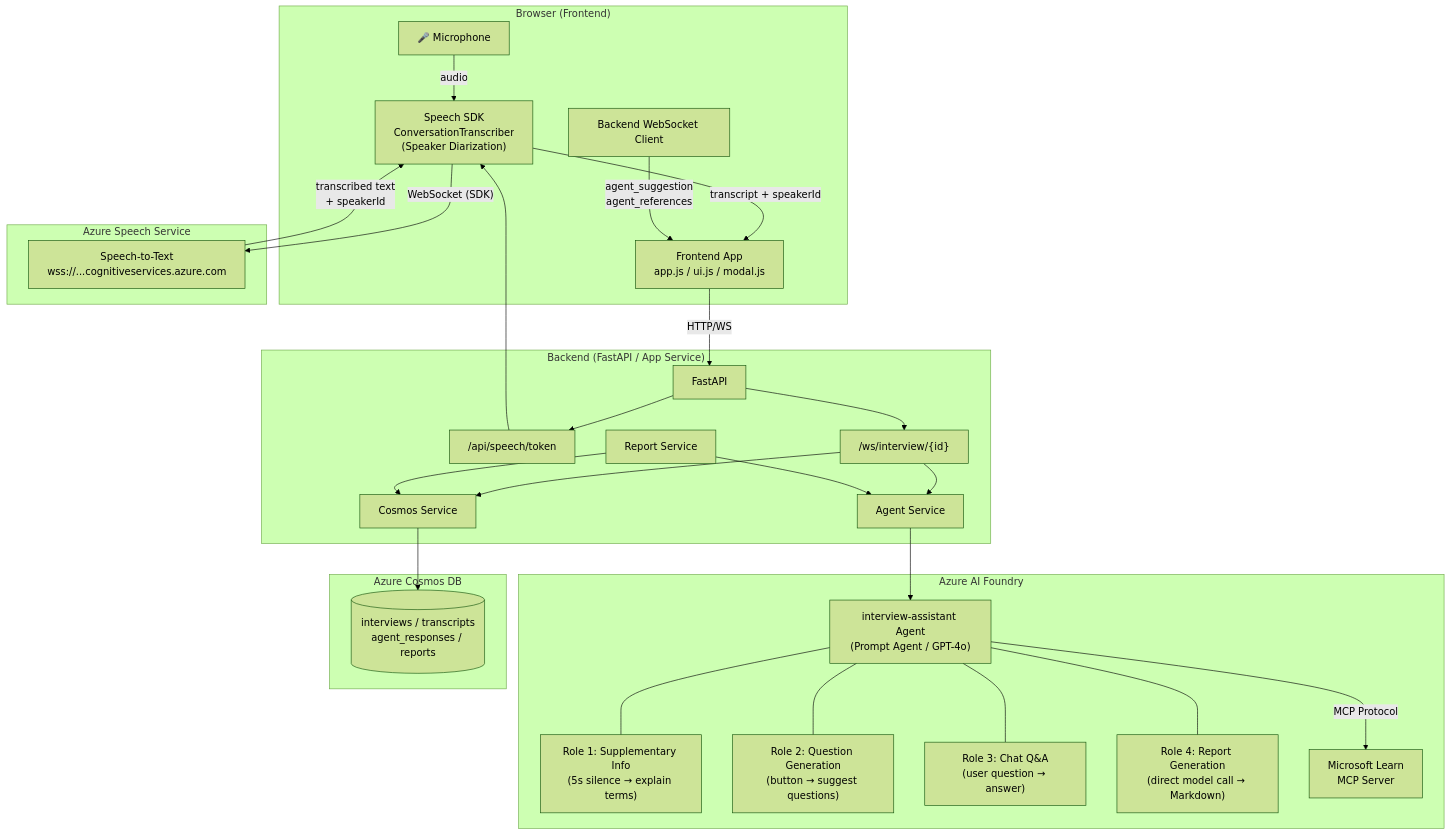
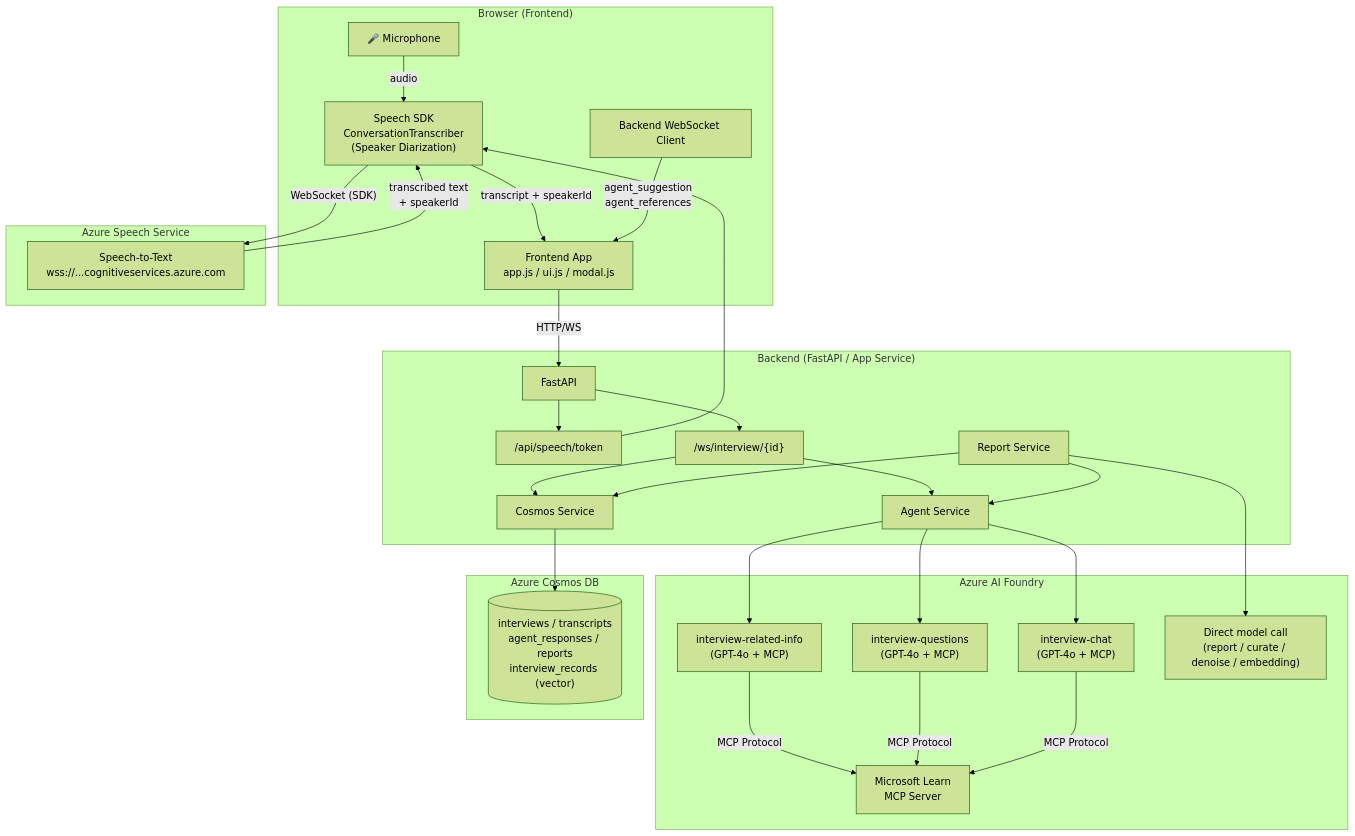
One commit to hatasaki/Interview-Assistant-AI changed the first of 2 diagrams in README.md. Above: the diagram before and after it, drawn with Mermaid (forest theme). The commit also changed other lines of this file and 5 other files, not shown here.

Commit message:
Refactor architecture to implement role-specific Foundry Agents

````diff
--- a/README.md
+++ b/README.md
@@ -35,60 +35,60 @@
 ```mermaid
 graph TB
     subgraph Browser["Browser (Frontend)"]
         MIC["🎤 Microphone"]
         SPEECH["Speech SDK<br/>ConversationTranscriber<br/>(Speaker Diarization)"]
         FE["Frontend App<br/>app.js / ui.js / modal.js"]
         BE_WS["Backend WebSocket Client"]
     end
 
     subgraph SpeechService["Azure Speech Service"]
         STT["Speech-to-Text<br/>wss://...cognitiveservices.azure.com"]
     end
 
     subgraph Backend["Backend (FastAPI / App Service)"]
         APP["FastAPI"]
         R_SP["/api/speech/token"]
         R_WS["/ws/interview/{id}"]
         AGT_SVC["Agent Service"]
         COS_SVC["Cosmos Service"]
         RPT_SVC["Report Service"]
     end
 
     subgraph AI["Azure AI Foundry"]
-        AGENT["interview-assistant Agent<br/>(Prompt Agent / GPT-4o)"]
-        ROLE1["Role 1: Supplementary Info<br/>(5s silence → explain terms)"]
-        ROLE2["Role 2: Question Generation<br/>(button → suggest questions)"]
-        ROLE3["Role 3: Chat Q&A<br/>(user question → answer)"]
-        ROLE4["Role 4: Report Generation<br/>(direct model call → Markdown)"]
+        AGENT_RI["interview-related-info<br/>(GPT-4o + MCP)"]
+        AGENT_Q["interview-questions<br/>(GPT-4o + MCP)"]
+        AGENT_C["interview-chat<br/>(GPT-4o + MCP)"]
+        DIRECT["Direct model call<br/>(report / curate / denoise / embedding)"]
         MCP["Microsoft Learn<br/>MCP Server"]
-        AGENT --- ROLE1
-        AGENT --- ROLE2
-        AGENT --- ROLE3
-        AGENT --- ROLE4
-        AGENT -->|"MCP Protocol"| MCP
+        AGENT_RI -->|"MCP Protocol"| MCP
+        AGENT_Q -->|"MCP Protocol"| MCP
+        AGENT_C -->|"MCP Protocol"| MCP
     end
 
     subgraph DB["Azure Cosmos DB"]
-        COSMOS[("interviews / transcripts<br/>agent_responses / reports")]
+        COSMOS[("interviews / transcripts<br/>agent_responses / reports<br/>interview_records (vector)")]
     end
 
     MIC -->|"audio"| SPEECH
     SPEECH -->|"WebSocket (SDK)"| STT
     STT -->|"transcribed text<br/>+ speakerId"| SPEECH
     SPEECH -->|"transcript + speakerId"| FE
 
     FE -->|"HTTP/WS"| APP
     APP --> R_SP
     APP --> R_WS
     R_SP --> SPEECH
 
     R_WS --> AGT_SVC
     R_WS --> COS_SVC
     RPT_SVC --> AGT_SVC
     RPT_SVC --> COS_SVC
 
-    AGT_SVC --> AGENT
+    AGT_SVC --> AGENT_RI
+    AGT_SVC --> AGENT_Q
+    AGT_SVC --> AGENT_C
+    RPT_SVC --> DIRECT
     COS_SVC --> COSMOS
 
     BE_WS -->|"agent_suggestion<br/>agent_references"| FE
 ```
````
